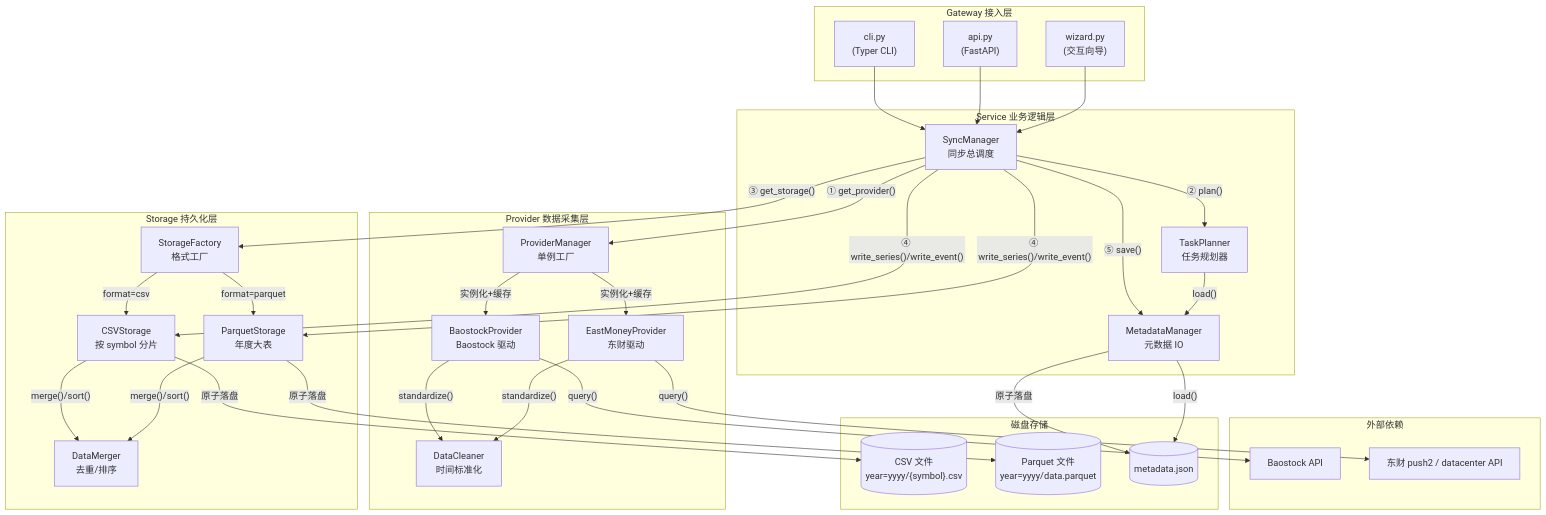
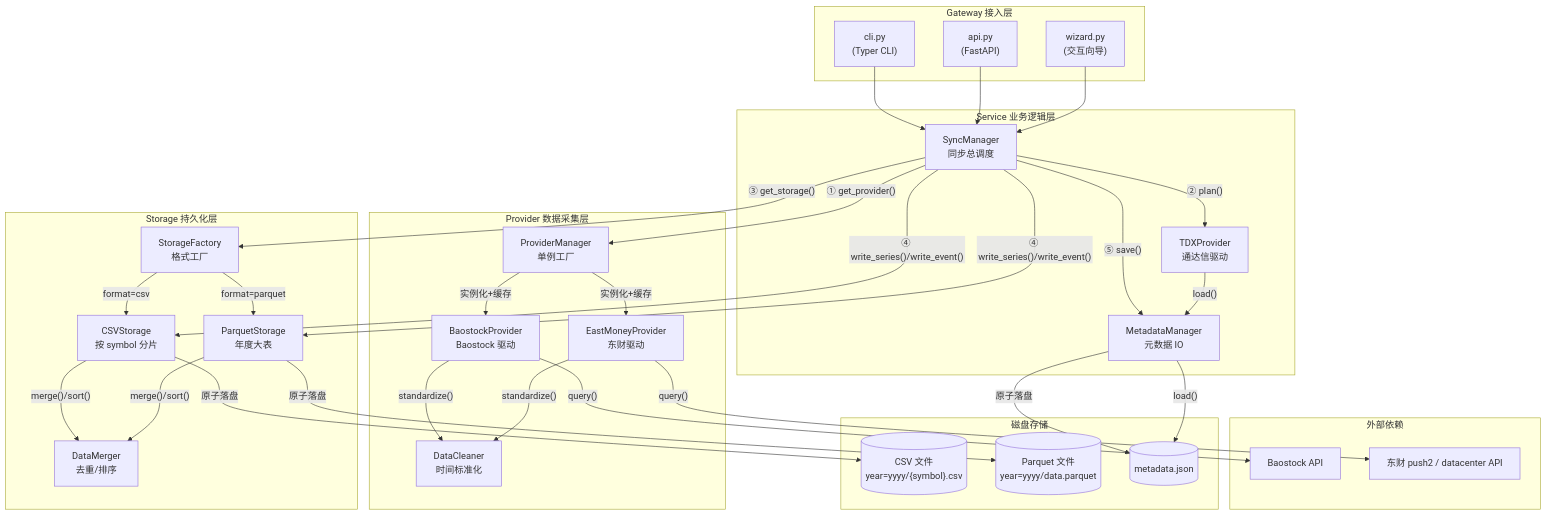
The diagram in AGENTS.md (CRThu/CarrotQuant.Data), drawn with Mermaid before and after one commit. The commit also changed other lines of this file and 21 other files, not shown here.

````diff
--- a/AGENTS.md
+++ b/AGENTS.md
@@ -69,70 +73,71 @@
 ```mermaid
 graph TB
     subgraph Gateway["Gateway 接入层"]
         CLI["cli.py<br/>(Typer CLI)"]
         API["api.py<br/>(FastAPI)"]
         WIZARD["wizard.py<br/>(交互向导)"]
     end
 
     subgraph Service["Service 业务逻辑层"]
         SM["SyncManager<br/>同步总调度"]
         TP["TaskPlanner<br/>任务规划器"]
         MM["MetadataManager<br/>元数据 IO"]
     end
 
     subgraph Provider["Provider 数据采集层"]
         PM["ProviderManager<br/>单例工厂"]
         BP["BaostockProvider<br/>Baostock 驱动"]
         EP["EastMoneyProvider<br/>东财驱动"]
+        TP["TDXProvider<br/>通达信驱动"]
         DC["DataCleaner<br/>时间标准化"]
     end
 
     subgraph Storage["Storage 持久化层"]
         SF["StorageFactory<br/>格式工厂"]
         CSV["CSVStorage<br/>按 symbol 分片"]
         PQ["ParquetStorage<br/>年度大表"]
         DM["DataMerger<br/>去重/排序"]
     end
 
     subgraph External["外部依赖"]
         BAOSTOCK["Baostock API"]
         EASTMONEY["东财 push2 / datacenter API"]
     end
 
     subgraph Disk["磁盘存储"]
         CSV_FILES[("CSV 文件<br/>year=yyyy/{symbol}.csv")]
         PQ_FILES[("Parquet 文件<br/>year=yyyy/data.parquet")]
         META[("metadata.json")]
     end
 
     CLI --> SM
     API --> SM
     WIZARD --> SM
 
     SM -->|"① get_provider()"| PM
     SM -->|"② plan()"| TP
     SM -->|"③ get_storage()"| SF
     SM -->|"④ write_series()/write_event()"| CSV
     SM -->|"④ write_series()/write_event()"| PQ
     SM -->|"⑤ save()"| MM
 
     TP -->|"load()"| MM
 
     PM -->|"实例化+缓存"| BP
     PM -->|"实例化+缓存"| EP
     BP -->|"standardize()"| DC
     BP -->|"query()"| BAOSTOCK
     EP -->|"standardize()"| DC
     EP -->|"query()"| EASTMONEY
 
     SF -->|"format=csv"| CSV
     SF -->|"format=parquet"| PQ
 
     CSV -->|"merge()/sort()"| DM
     PQ -->|"merge()/sort()"| DM
 
     CSV -->|"原子落盘"| CSV_FILES
     PQ -->|"原子落盘"| PQ_FILES
     MM -->|"原子落盘"| META
     MM -->|"load()"| META
 ```
````
